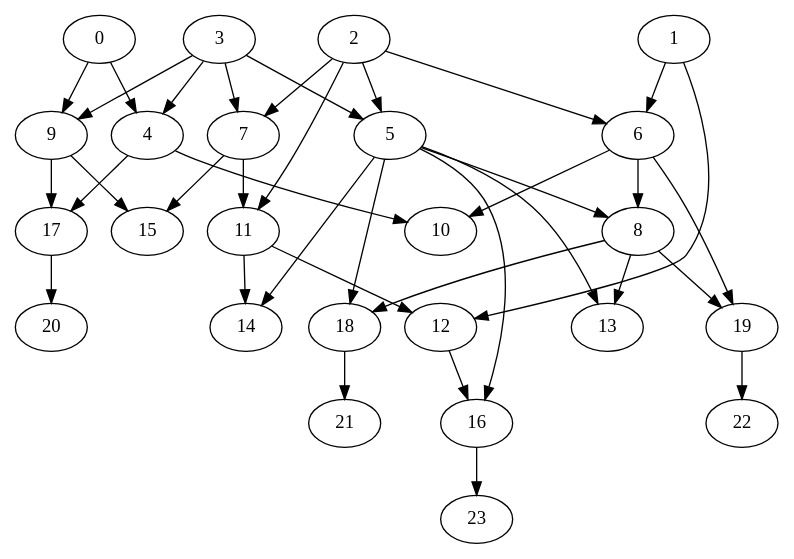
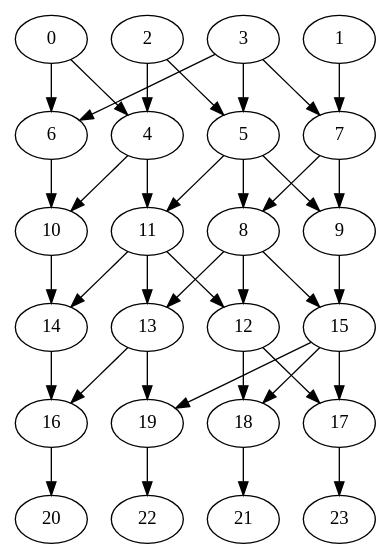
The diagram in test.dot (Ajax12345/protestGP), drawn with Graphviz before and after one commit. The commit also changed 3 other files, not shown here.

```diff
--- a/test.dot
+++ b/test.dot
@@ -1,62 +1,62 @@
 strict digraph "" {
 	0	[layer=1];
 	4	[layer=2];
 	0 -> 4;
-	9	[layer=2];
-	0 -> 9;
+	6	[layer=2];
+	0 -> 6;
 	1	[layer=1];
-	6	[layer=2];
-	1 -> 6;
-	12	[layer=4];
-	1 -> 12;
+	7	[layer=2];
+	1 -> 7;
 	2	[layer=1];
+	2 -> 4;
 	5	[layer=2];
 	2 -> 5;
-	2 -> 6;
-	7	[layer=2];
-	2 -> 7;
-	11	[layer=3];
-	2 -> 11;
 	3	[layer=1];
-	3 -> 4;
 	3 -> 5;
+	3 -> 6;
 	3 -> 7;
-	3 -> 9;
 	10	[layer=3];
 	4 -> 10;
-	17	[layer=3];
-	4 -> 17;
+	11	[layer=3];
+	4 -> 11;
 	8	[layer=3];
 	5 -> 8;
+	9	[layer=3];
+	5 -> 9;
+	5 -> 11;
+	6 -> 10;
+	7 -> 8;
+	7 -> 9;
+	12	[layer=4];
+	8 -> 12;
 	13	[layer=4];
-	5 -> 13;
+	8 -> 13;
+	15	[layer=4];
+	8 -> 15;
+	9 -> 15;
 	14	[layer=4];
-	5 -> 14;
-	18	[layer=4];
-	5 -> 18;
+	10 -> 14;
+	11 -> 12;
+	11 -> 13;
+	11 -> 14;
+	17	[layer=5];
+	12 -> 17;
+	18	[layer=5];
+	12 -> 18;
 	16	[layer=5];
-	5 -> 16;
-	6 -> 8;
-	6 -> 10;
-	19	[layer=4];
-	6 -> 19;
-	7 -> 11;
-	15	[layer=3];
-	7 -> 15;
-	9 -> 15;
-	9 -> 17;
-	8 -> 13;
-	8 -> 18;
-	8 -> 19;
-	11 -> 12;
-	11 -> 14;
+	13 -> 16;
+	19	[layer=5];
+	13 -> 19;
+	14 -> 16;
+	15 -> 17;
+	15 -> 18;
+	15 -> 19;
 	20	[layer=6];
-	17 -> 20;
-	12 -> 16;
+	16 -> 20;
+	23	[layer=6];
+	17 -> 23;
 	21	[layer=6];
 	18 -> 21;
 	22	[layer=6];
 	19 -> 22;
-	23	[layer=6];
-	16 -> 23;
 }
```
